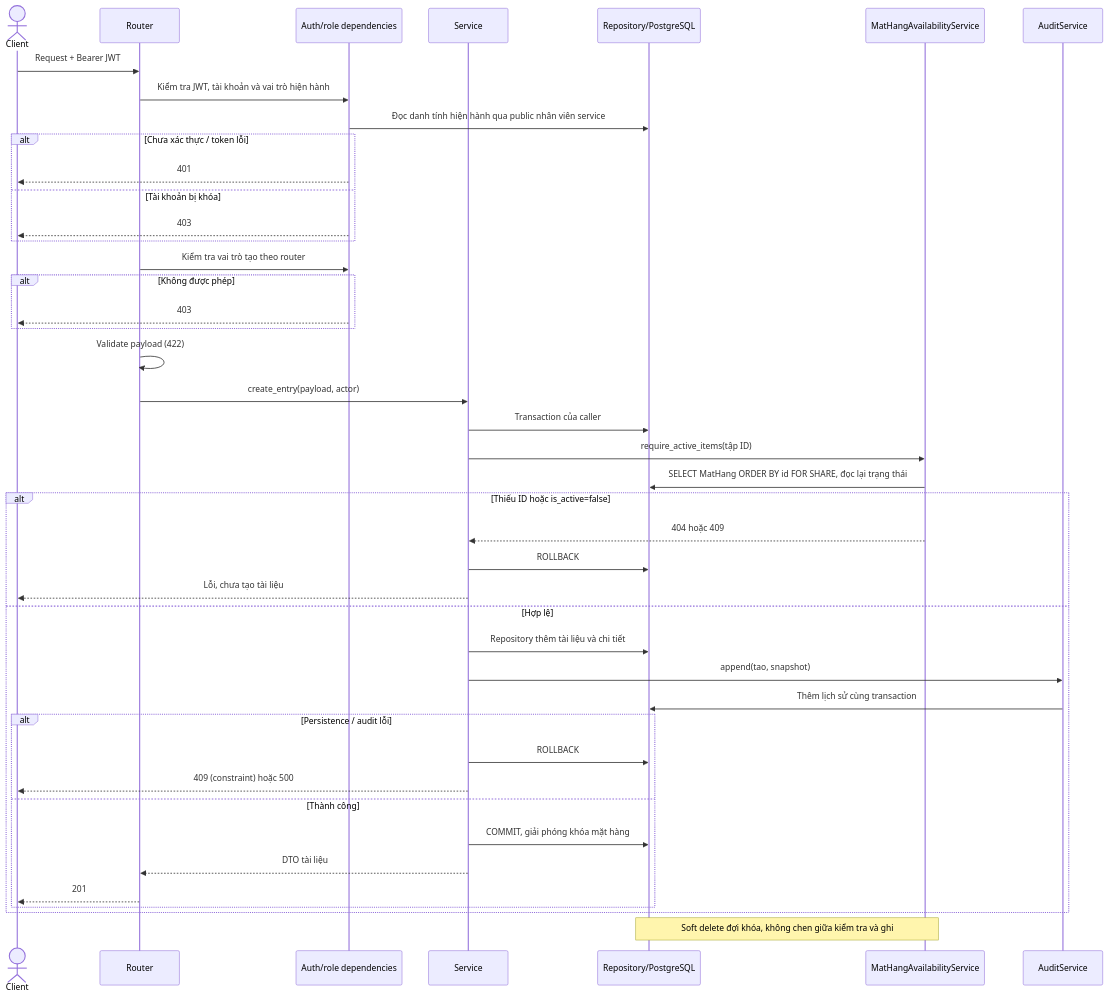
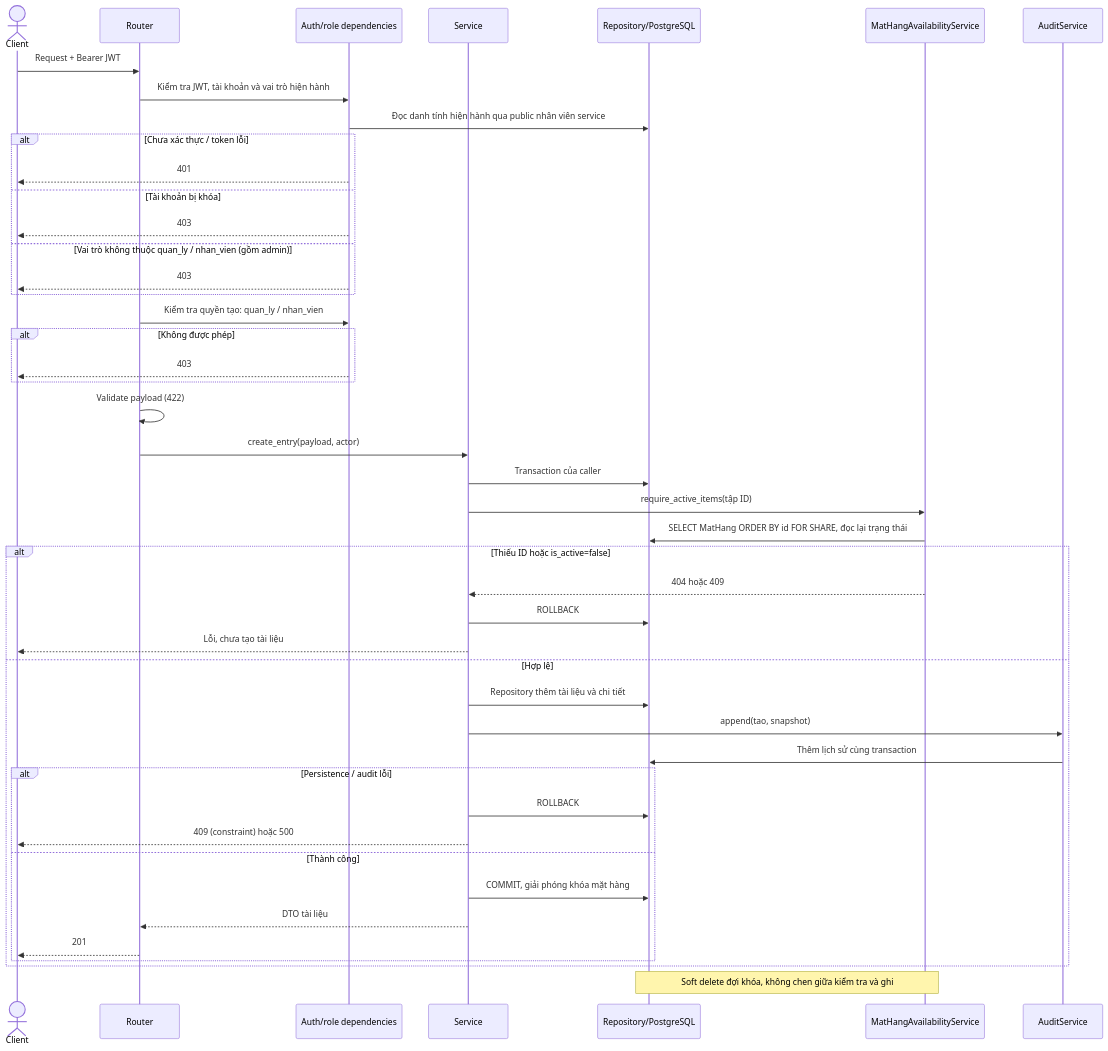
One commit to thanhklt/xbike-mrp-system changed the third of 3 diagrams in docs/sequence/material_issuing.md. Above: the diagram before and after it, drawn with Mermaid. The commit also changed other lines of this file and 22 other files, not shown here.

Commit message:
feat: quan quyen lai cho admin

````diff
--- a/docs/sequence/material_issuing.md
+++ b/docs/sequence/material_issuing.md
@@ -71,45 +75,47 @@
 ```mermaid
 sequenceDiagram
 actor C as Client
     participant R as Router
     participant A as Auth/role dependencies
     participant S as Service
     participant D as Repository/PostgreSQL
     C->>R: Request + Bearer JWT
     R->>A: Kiểm tra JWT, tài khoản và vai trò hiện hành
     A->>D: Đọc danh tính hiện hành qua public nhân viên service
     alt Chưa xác thực / token lỗi
         A-->>C: 401
     else Tài khoản bị khóa
         A-->>C: 403
+    else Vai trò không thuộc quan_ly / nhan_vien (gồm admin)
+        A-->>C: 403
     end
-    R->>A: Kiểm tra vai trò tạo theo router
+    R->>A: Kiểm tra quyền tạo: quan_ly / nhan_vien
     alt Không được phép
         A-->>C: 403
     end
     R->>R: Validate payload (422)
     R->>S: create_entry(payload, actor)
     participant G as MatHangAvailabilityService
     participant U as AuditService
     S->>D: Transaction của caller
     S->>G: require_active_items(tập ID)
     G->>D: SELECT MatHang ORDER BY id FOR SHARE, đọc lại trạng thái
     alt Thiếu ID hoặc is_active=false
         G-->>S: 404 hoặc 409
         S->>D: ROLLBACK
         S-->>C: Lỗi, chưa tạo tài liệu
     else Hợp lệ
         S->>D: Repository thêm tài liệu và chi tiết
         S->>U: append(tao, snapshot)
         U->>D: Thêm lịch sử cùng transaction
         alt Persistence / audit lỗi
             S->>D: ROLLBACK
             S-->>C: 409 (constraint) hoặc 500
         else Thành công
             S->>D: COMMIT, giải phóng khóa mặt hàng
             S-->>R: DTO tài liệu
             R-->>C: 201
         end
     end
     Note over G,D: Soft delete đợi khóa, không chen giữa kiểm tra và ghi
 ```
````
